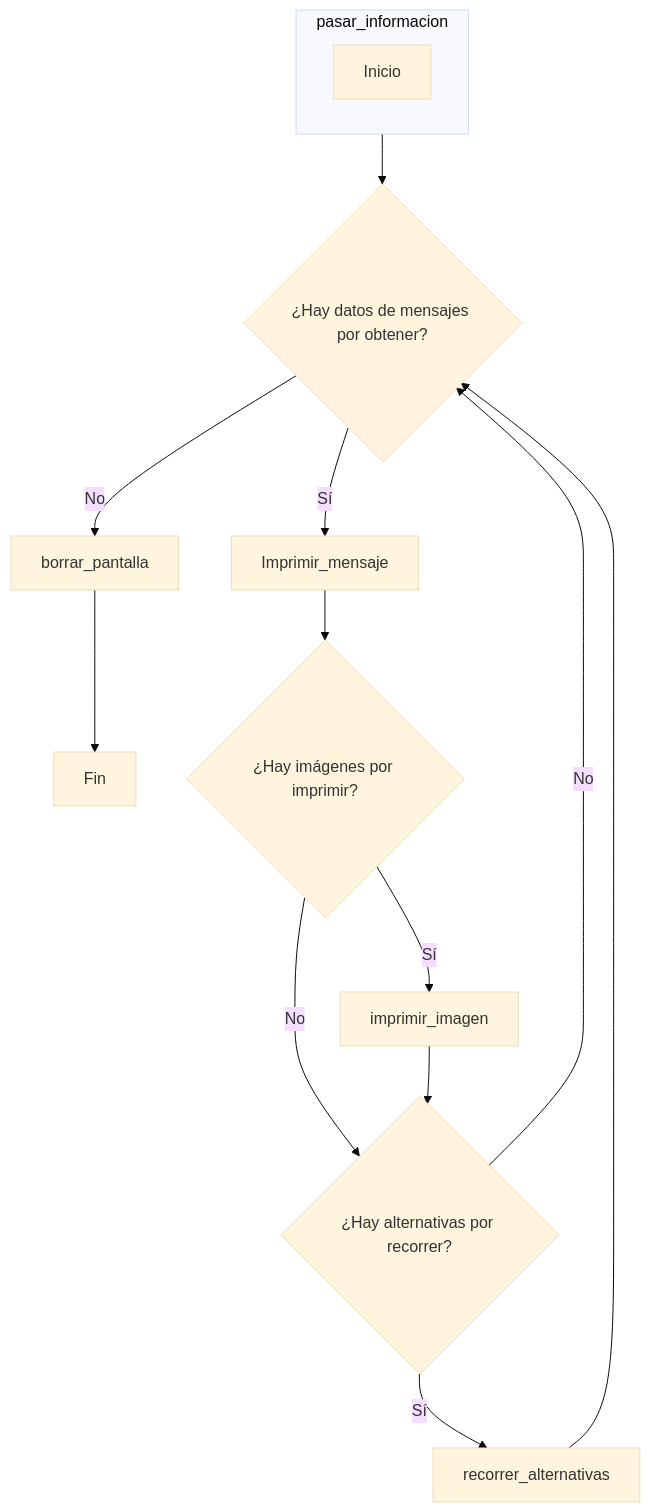
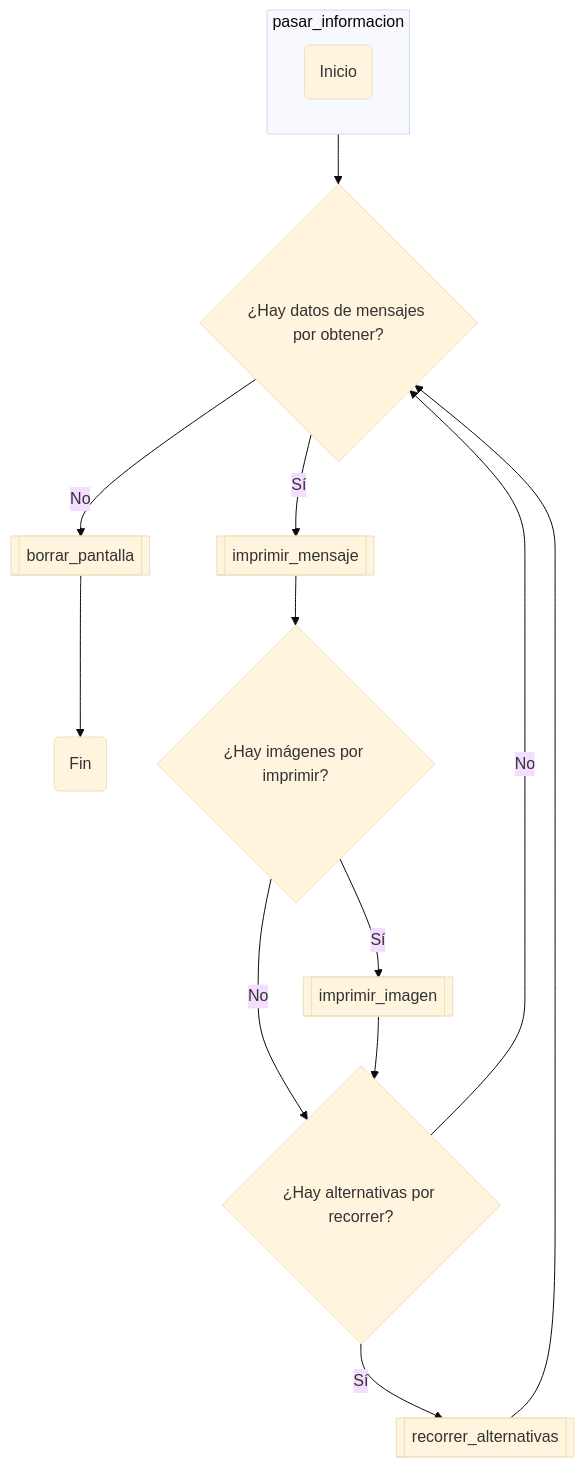
One commit to JuanJoToAl/Juego---Los_vivos_mienten changed the fifth of 13 diagrams in README.md. Above: the diagram before and after it, drawn with Mermaid (base theme). The commit also changed other lines of this file, not shown here.

Commit message:
actualización códigos y diagramas

````diff
--- a/README.md
+++ b/README.md
@@ -257,28 +293,28 @@
 ```mermaid
 flowchart TB
     subgraph s1["pasar_informacion"]
-        n1["Inicio"]
+        n1("Inicio")
     end
-    n3{"¿Hay datos de mensajes por obtener?"} -- Sí --> n4["Imprimir_mensaje"]
-    n3 -- No --> n5["borrar_pantalla"]
-    n5 --> n6["Fin"]
+    n3{"¿Hay datos de mensajes por obtener?"} -- Sí --> n4[["imprimir_mensaje"]]
+    n3 -- No --> n5[["borrar_pantalla"]]
+    n5 --> n6("Fin")
     s1 --> n3
     n4 --> n9{"¿Hay imágenes por imprimir?"}
-    n9 -- Sí --> n12["imprimir_imagen"]
+    n9 -- Sí --> n12[["imprimir_imagen"]]
     n9 -- No --> n13{"¿Hay alternativas por recorrer?"}
     n12 --> n13
     n13 -- No --> n3
-    n13 -- Sí --> n14["recorrer_alternativas"]
+    n13 -- Sí --> n14[["recorrer_alternativas"]]
     n14 --> n3
     classDef rounded shape:rounded;
     classDef diam shape:diam;
     classDef subproc shape:subproc;
     class n1 rounded;
     class n3 diam;
     class n4 subproc;
     class n5 subproc;
     class n6 rounded;
     class n9 diam;
     class n12 subproc;
     class n13 diam;
 ```
````
